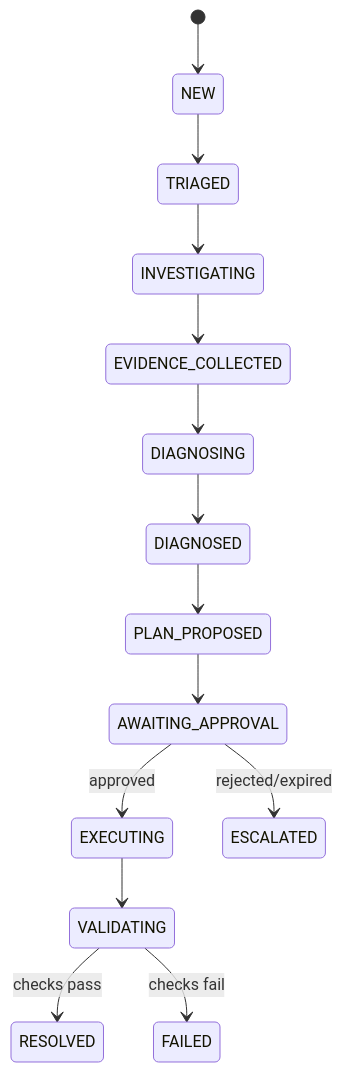
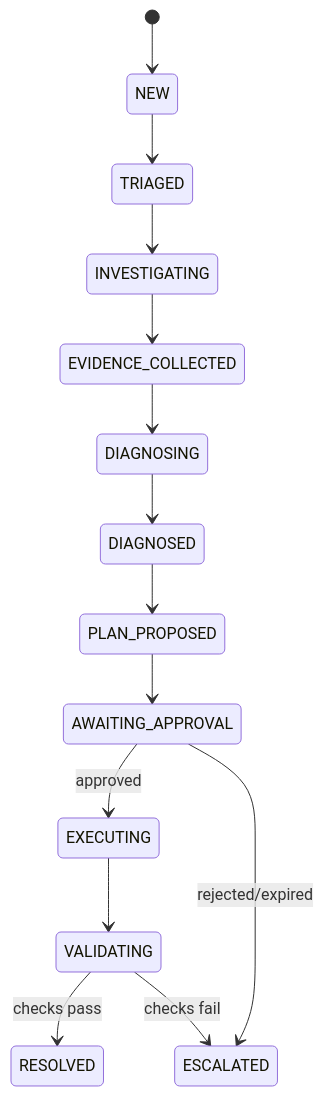
One commit to Lucas-Bonatto/resolve-ai changed the second of 2 diagrams in docs/architecture.md. Above: the diagram before and after it, drawn with Mermaid. The commit also changed other lines of this file and 9 other files, not shown here.

````diff
--- a/docs/architecture.md
+++ b/docs/architecture.md
@@ -26,16 +28,16 @@
 ```mermaid
 stateDiagram-v2
     [*] --> NEW
     NEW --> TRIAGED
     TRIAGED --> INVESTIGATING
     INVESTIGATING --> EVIDENCE_COLLECTED
     EVIDENCE_COLLECTED --> DIAGNOSING
     DIAGNOSING --> DIAGNOSED
     DIAGNOSED --> PLAN_PROPOSED
     PLAN_PROPOSED --> AWAITING_APPROVAL
     AWAITING_APPROVAL --> EXECUTING: approved
     AWAITING_APPROVAL --> ESCALATED: rejected/expired
     EXECUTING --> VALIDATING
     VALIDATING --> RESOLVED: checks pass
-    VALIDATING --> FAILED: checks fail
+    VALIDATING --> ESCALATED: checks fail
 ```
````
